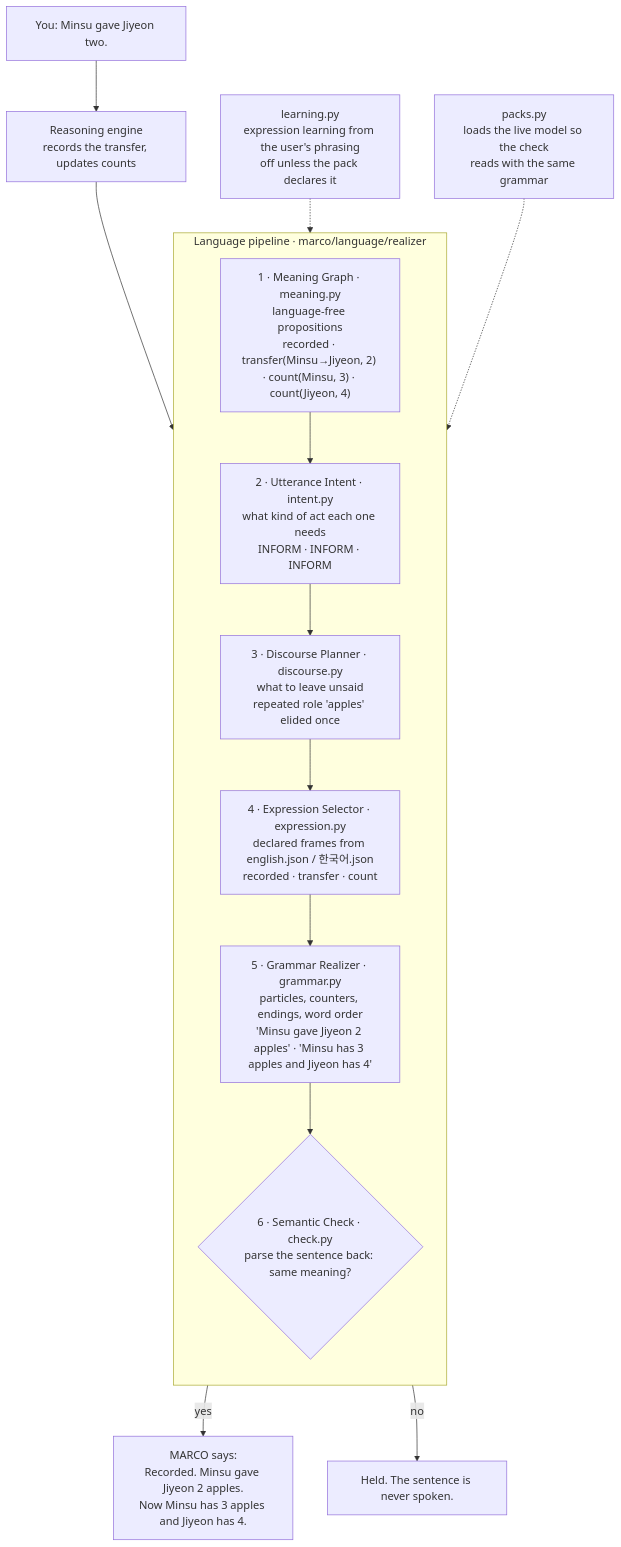
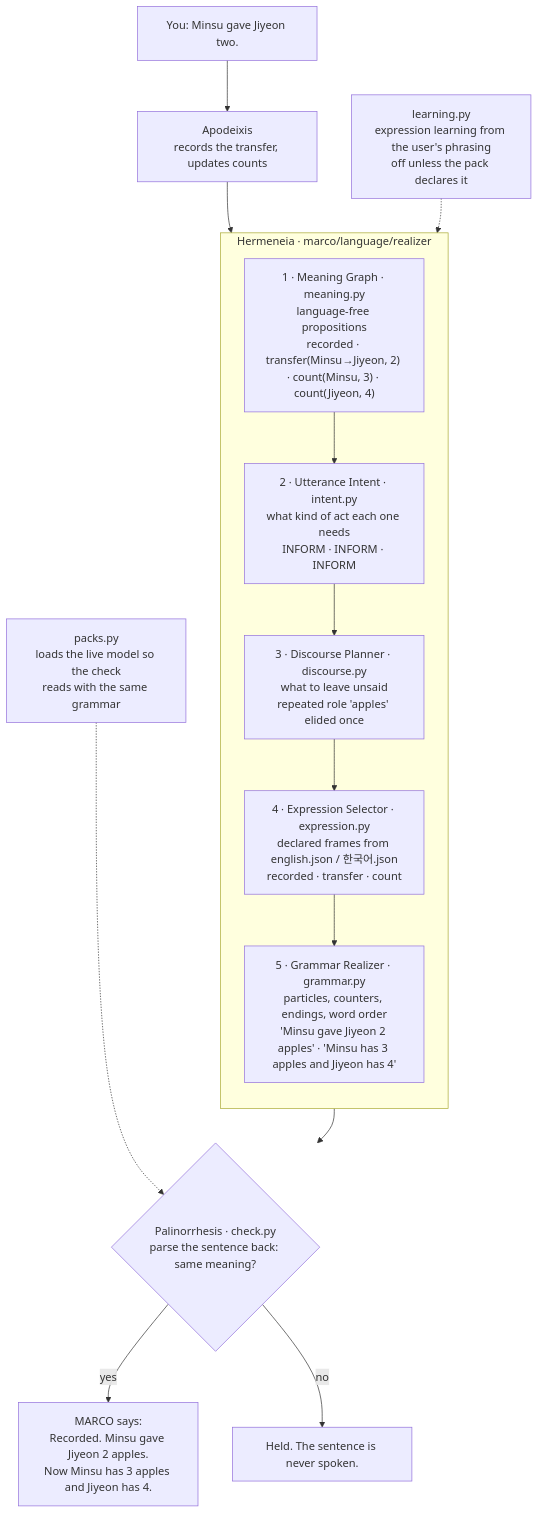
One commit to DoTaeIn/Marco changed the third of 3 diagrams in README.md. Above: the diagram before and after it, drawn with Mermaid. The commit also changed other lines of this file, not shown here.

````diff
--- a/README.md
+++ b/README.md
@@ -467,19 +574,19 @@
 ```mermaid
 flowchart TD
     U["You: Minsu gave Jiyeon two."] --> R
-    R["Reasoning engine<br/>records the transfer, updates counts"] --> M
-    subgraph P["Language pipeline · marco/language/realizer"]
+    R["Apodeixis<br/>records the transfer, updates counts"] --> M
+    subgraph P["Hermeneia · marco/language/realizer"]
         direction TB
         M["1 · Meaning Graph · meaning.py<br/>language-free propositions<br/>recorded · transfer(Minsu→Jiyeon, 2) · count(Minsu, 3) · count(Jiyeon, 4)"]
         I["2 · Utterance Intent · intent.py<br/>what kind of act each one needs<br/>INFORM · INFORM · INFORM"]
         D["3 · Discourse Planner · discourse.py<br/>what to leave unsaid<br/>repeated role 'apples' elided once"]
         E["4 · Expression Selector · expression.py<br/>declared frames from english.json / 한국어.json<br/>recorded · transfer · count"]
         G["5 · Grammar Realizer · grammar.py<br/>particles, counters, endings, word order<br/>'Minsu gave Jiyeon 2 apples' · 'Minsu has 3 apples and Jiyeon has 4'"]
-        C{"6 · Semantic Check · check.py<br/>parse the sentence back: same meaning?"}
-        M --> I --> D --> E --> G --> C
+        M --> I --> D --> E --> G
     end
+    G --> C{"Palinorrhesis · check.py<br/>parse the sentence back: same meaning?"}
     C -- "yes" --> OUT["MARCO says:<br/>Recorded. Minsu gave Jiyeon 2 apples.<br/>Now Minsu has 3 apples and Jiyeon has 4."]
     C -- "no" --> HOLD["Held. The sentence is never spoken."]
     L["learning.py<br/>expression learning from the user's phrasing<br/>off unless the pack declares it"] -.-> E
     K["packs.py<br/>loads the live model so the check<br/>reads with the same grammar"] -.-> C
 ```
````
